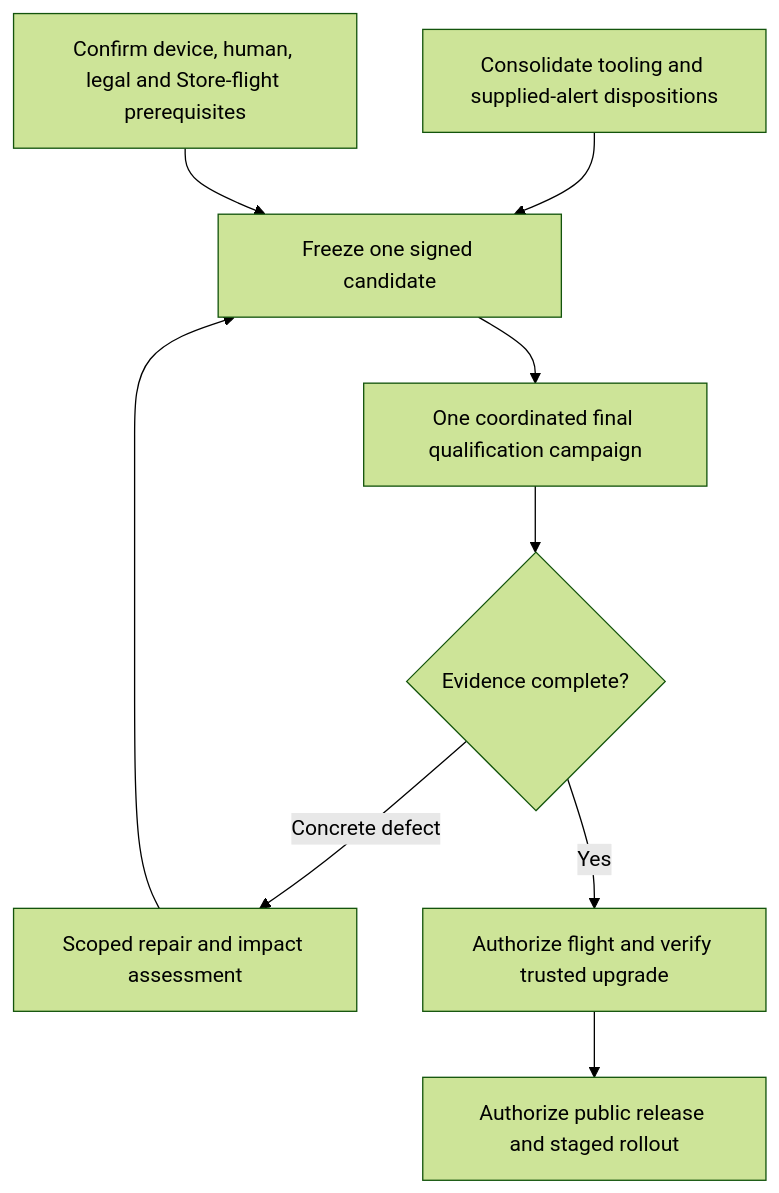
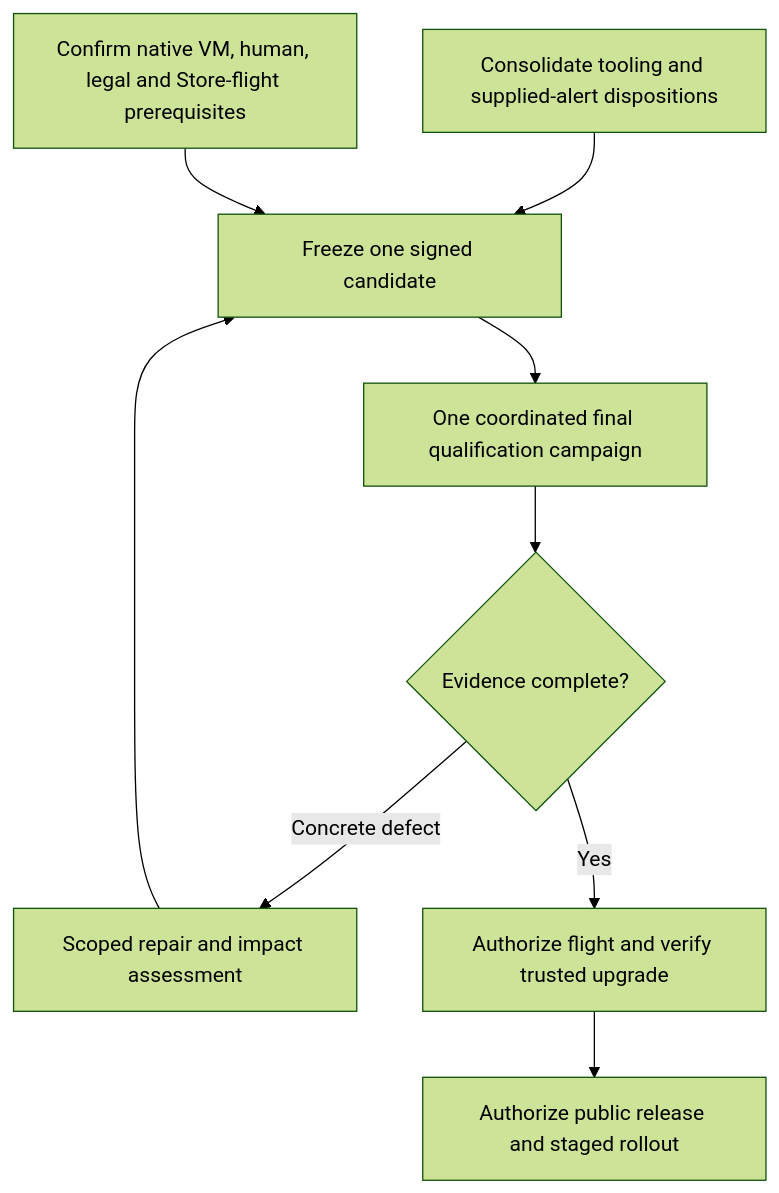
The diagram in docs/plans/2026-10-25-release-completion-replan.md (Hadden-Industries/jpg-spinner), drawn with Mermaid (forest theme) before and after one commit. The commit also changed other lines of this file and 15 other files, not shown here.

````diff
--- a/docs/plans/2026-10-25-release-completion-replan.md
+++ b/docs/plans/2026-10-25-release-completion-replan.md
@@ -85,11 +85,11 @@
 ```mermaid
 flowchart TD
     A[Consolidate tooling and supplied-alert dispositions] --> C[Freeze one signed candidate]
-    B[Confirm device, human, legal and Store-flight prerequisites] --> C
+    B[Confirm native VM, human, legal and Store-flight prerequisites] --> C
     C --> D[One coordinated final qualification campaign]
     D --> E{Evidence complete?}
     E -- Concrete defect --> F[Scoped repair and impact assessment]
     F --> C
     E -- Yes --> G[Authorize flight and verify trusted upgrade]
     G --> H[Authorize public release and staged rollout]
 ```
````
